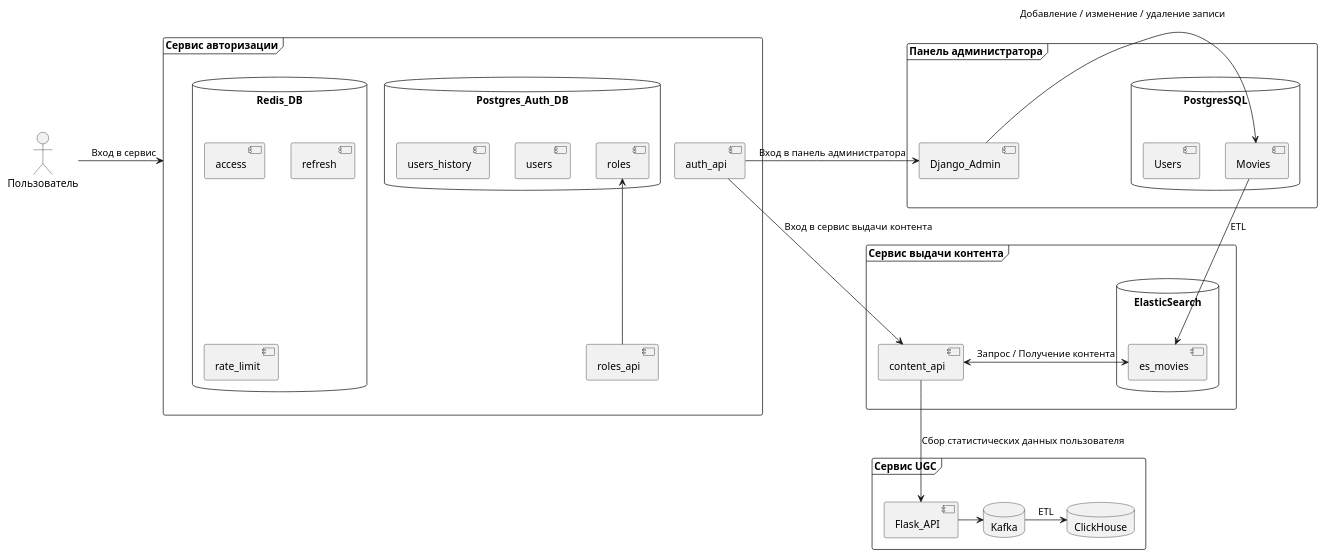
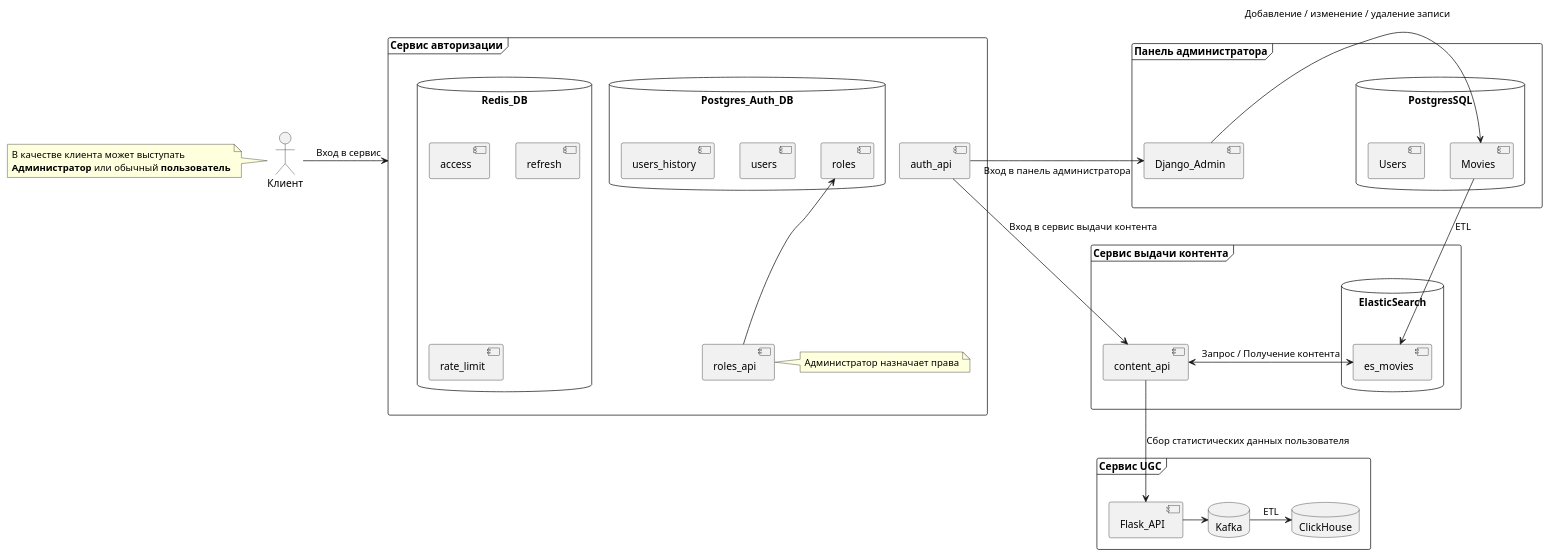
The diagram in scheme.puml (Fox13th/ugc_service), drawn with PlantUML before and after one commit.

Commit message:
Обновлена схема сервиса

```diff
--- a/scheme.puml
+++ b/scheme.puml
@@ -1,58 +1,60 @@
 @startuml
 skinparam componentStyle uml2
 
-actor Пользователь as client
+actor Клиент as client
+note left: В качестве клиента может выступать\n<b>Администратор</b> или обычный <b>пользователь</b>
 
 frame "Сервис авторизации" {
     [auth_api]
     [roles_api]
+    note right: Администратор назначает права
     database Postgres_Auth_DB {
         [users]
         [users_history]
         [roles]
     }
     [roles_api] -up-> [roles]
 
     database Redis_DB {
         [access]
         [refresh]
         [rate_limit]
     }
 
 }
 
 frame "Панель администратора" {
     [Django_Admin]
     database PostgresSQL {
         [Movies]
         [Users]
     }
 }
 
 frame "Сервис выдачи контента" {
     [content_api]
     database ElasticSearch {
         [es_movies]
     }
 }
 
 frame "Сервис UGC" {
     [Flask_API]
     database Kafka
     database ClickHouse
 }
 
 client -> "Сервис авторизации": Вход в сервис
 auth_api -> Django_Admin: Вход в панель администратора
 Django_Admin -> Movies: Добавление / изменение / удаление записи
 Movies -down-> es_movies: ETL
 
 auth_api -> content_api: Вход в сервис выдачи контента
 es_movies <-> content_api: Запрос / Получение контента
 
 
 content_api -down-> [Flask_API]: Сбор статистических данных пользователя
 [Flask_API] -> Kafka
 Kafka -> ClickHouse: ETL
 
 @enduml
```
